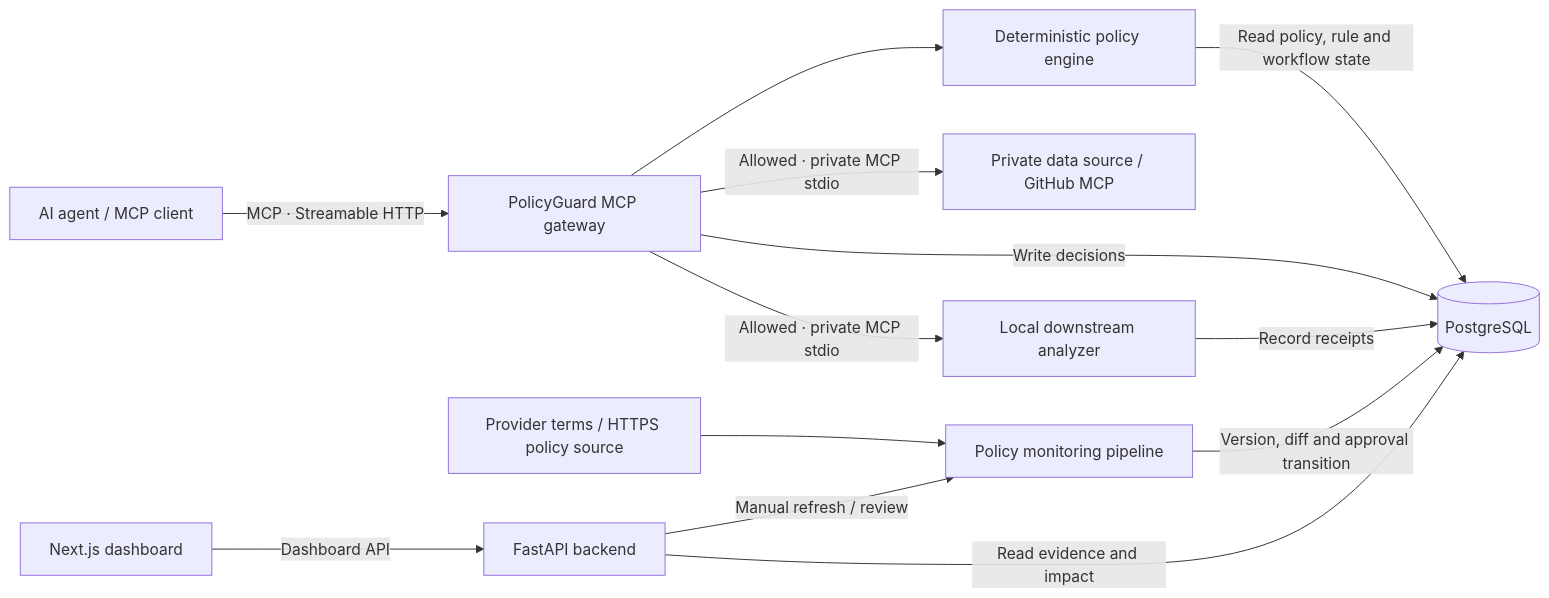
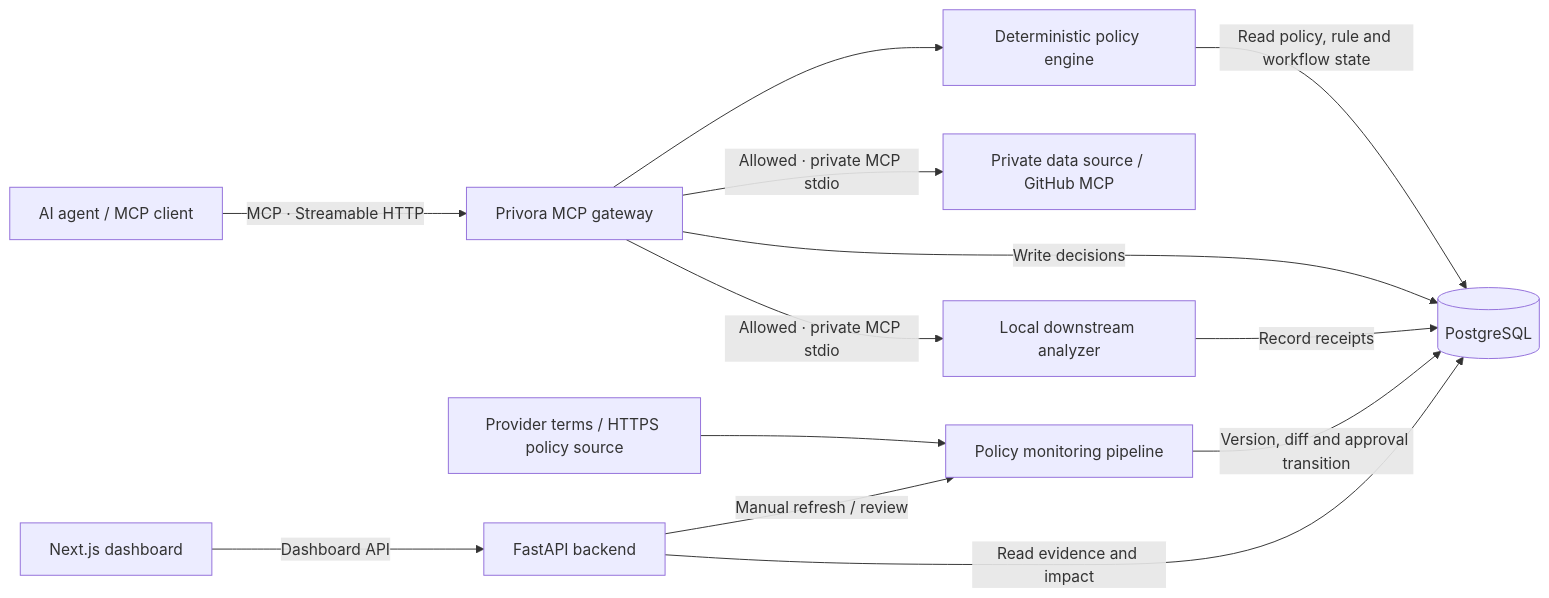
Before and after one commit to binarybranch30/Privora: the diagram in README.md, drawn with Mermaid. The commit also changed other lines of this file and 45 other files, not shown here.

Commit message:
Rename PolicyGuard MCP to Privora

````diff
--- a/README.md
+++ b/README.md
@@ -21,15 +21,15 @@
 ```mermaid
 flowchart LR
-    Agent["AI agent / MCP client"] -->|"MCP · Streamable HTTP"| Gateway["PolicyGuard MCP gateway"]
+    Agent["AI agent / MCP client"] -->|"MCP · Streamable HTTP"| Gateway["Privora MCP gateway"]
     Gateway --> Engine["Deterministic policy engine"]
     Engine -->|"Read policy, rule and workflow state"| DB[("PostgreSQL")]
     Gateway -->|"Allowed · private MCP stdio"| Source["Private data source / GitHub MCP"]
     Gateway -->|"Allowed · private MCP stdio"| Analyzer["Local downstream analyzer"]
     Gateway -->|"Write decisions"| DB
     Analyzer -->|"Record receipts"| DB
     Terms["Provider terms / HTTPS policy source"] --> Monitor["Policy monitoring pipeline"]
     Monitor -->|"Version, diff and approval transition"| DB
     UI["Next.js dashboard"] -->|"Dashboard API"| API["FastAPI backend"]
     API -->|"Manual refresh / review"| Monitor
     API -->|"Read evidence and impact"| DB
 ```
````
